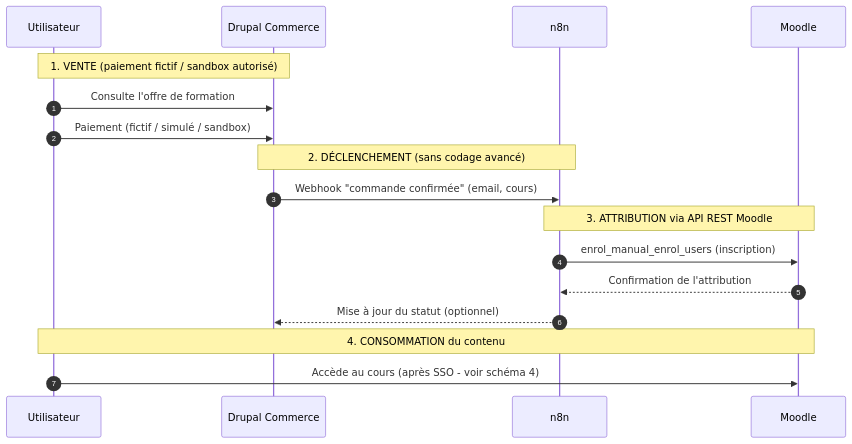
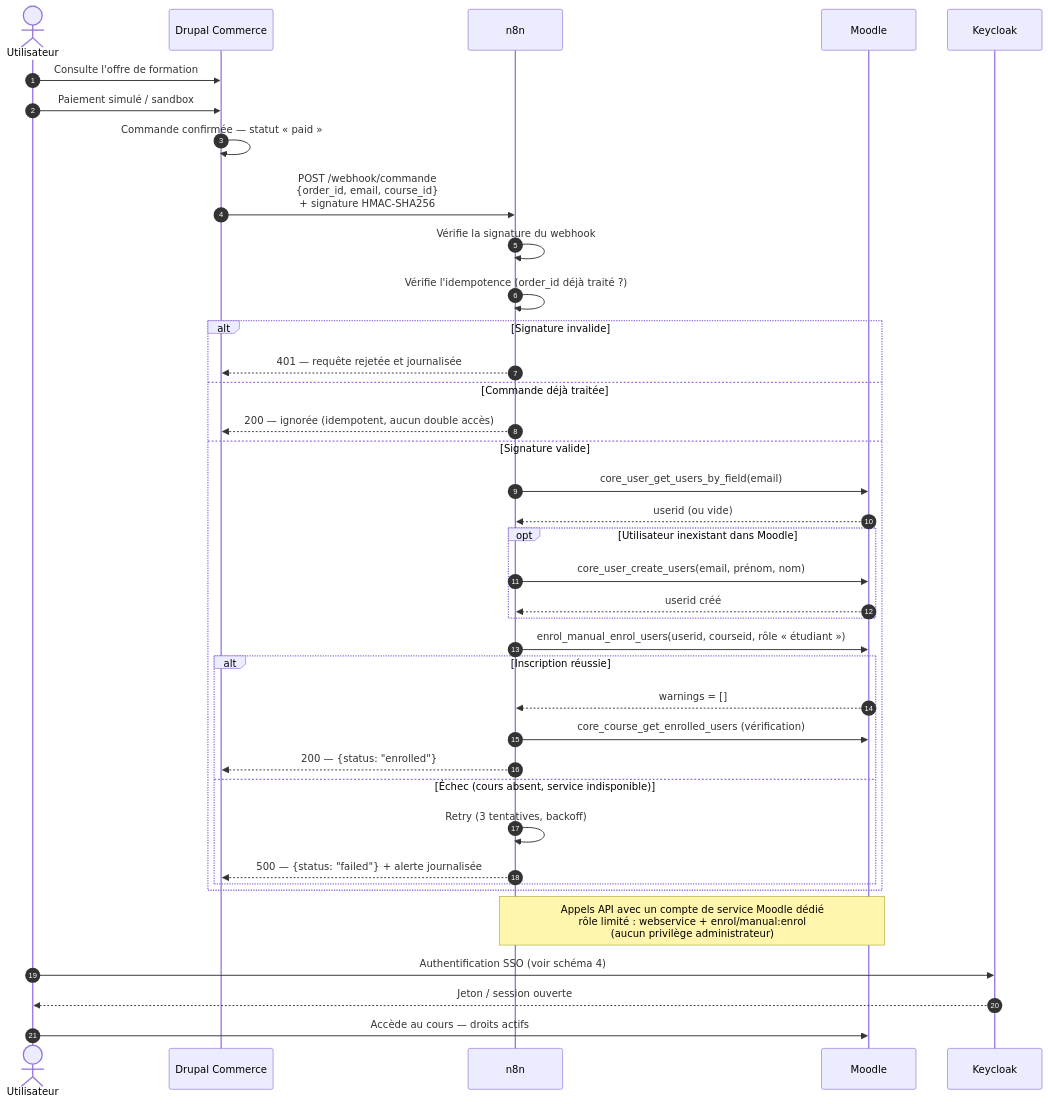
Before and after one commit to 20GHhub19/CR465-travail-de-session: the diagram in docs/architecture/03-sequence-integration.md, drawn with Mermaid. The commit also changed other lines of this file and 11 other files, not shown here.

First line of the commit message:
docs(architecture): schemas consolides, guide de lecture et contributions

````diff
--- a/docs/architecture/03-sequence-integration.md
+++ b/docs/architecture/03-sequence-integration.md
@@ -6,28 +9,45 @@
 ```mermaid
-%% ============================================================
-%% Schéma 3 - Séquence d'intégration Drupal -> n8n -> Moodle
-%% Flux d'attribution d'accès après achat (paiement sandbox OK)
-%% Les "Note over" expliquent chaque phase (visibles au rendu)
-%% ============================================================
 sequenceDiagram
     autonumber
-    participant U as Utilisateur
+    actor U as Utilisateur
     participant D as Drupal Commerce
     participant N as n8n
     participant M as Moodle
+    participant K as Keycloak
 
-    Note over U,D: 1. VENTE (paiement fictif / sandbox autorisé)
     U->>D: Consulte l'offre de formation
-    U->>D: Paiement (fictif / simulé / sandbox)
+    U->>D: Paiement simulé / sandbox
+    D->>D: Commande confirmée — statut « paid »
 
-    Note over D,N: 2. DÉCLENCHEMENT (sans codage avancé)
-    D->>N: Webhook "commande confirmée" (email, cours)
+    D->>N: POST /webhook/commande<br/>{order_id, email, course_id}<br/>+ signature HMAC-SHA256
+    N->>N: Vérifie la signature du webhook
+    N->>N: Vérifie l'idempotence (order_id déjà traité ?)
 
-    Note over N,M: 3. ATTRIBUTION via API REST Moodle
-    N->>M: enrol_manual_enrol_users (inscription)
-    M-->>N: Confirmation de l'attribution
-    N-->>D: Mise à jour du statut (optionnel)
+    alt Signature invalide
+        N-->>D: 401 — requête rejetée et journalisée
+    else Commande déjà traitée
+        N-->>D: 200 — ignorée (idempotent, aucun double accès)
+    else Signature valide
+        N->>M: core_user_get_users_by_field(email)
+        M-->>N: userid (ou vide)
+        opt Utilisateur inexistant dans Moodle
+            N->>M: core_user_create_users(email, prénom, nom)
+            M-->>N: userid créé
+        end
+        N->>M: enrol_manual_enrol_users(userid, courseid, rôle « étudiant »)
+        alt Inscription réussie
+            M-->>N: warnings = []
+            N->>M: core_course_get_enrolled_users (vérification)
+            N-->>D: 200 — {status: "enrolled"}
+        else Échec (cours absent, service indisponible)
+            N->>N: Retry (3 tentatives, backoff)
+            N-->>D: 500 — {status: "failed"} + alerte journalisée
+        end
+    end
 
-    Note over U,M: 4. CONSOMMATION du contenu
-    U->>M: Accède au cours (après SSO - voir schéma 4)
+    Note over N,M: Appels API avec un compte de service Moodle dédié<br/>rôle limité : webservice + enrol/manual:enrol<br/>(aucun privilège administrateur)
+
+    U->>K: Authentification SSO (voir schéma 4)
+    K-->>U: Jeton / session ouverte
+    U->>M: Accède au cours — droits actifs
 ```
````
